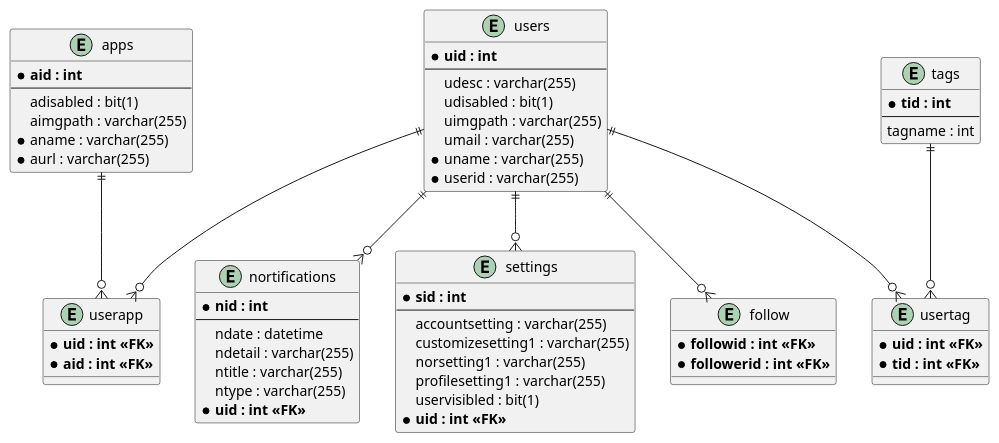
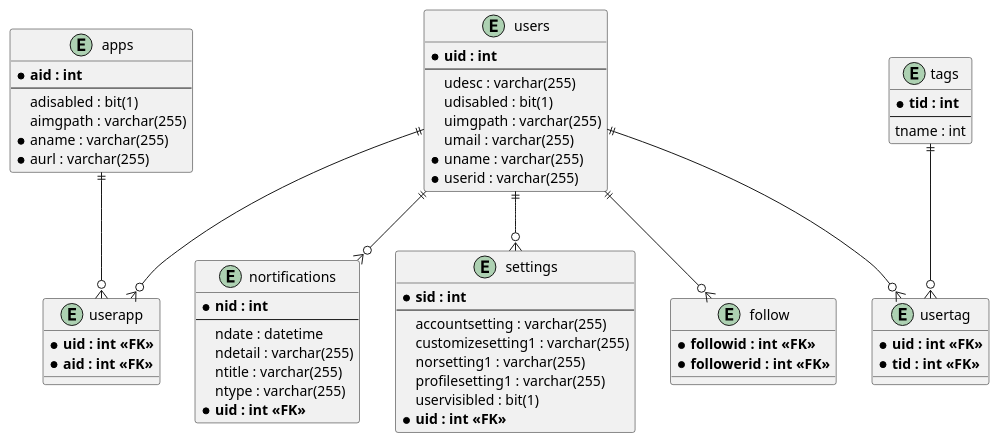
The diagram in docs/3_dd/3.1.4.ERDiagram.md (MewW6m/Mineso), drawn with PlantUML before and after one commit. The commit also changed 88 other files, not shown here.

````diff
--- a/docs/3_dd/3.1.4.ERDiagram.md
+++ b/docs/3_dd/3.1.4.ERDiagram.md
@@ -3,65 +3,65 @@
 ```uml
 @startuml
 entity apps {
 	* **aid : int**
 	---
 	adisabled : bit(1)
 	aimgpath : varchar(255) 
 	* aname : varchar(255)
 	* aurl : varchar(255)
 }
 entity users{
 	* **uid : int**
 	---
 	udesc : varchar(255)
 	udisabled : bit(1)
 	uimgpath : varchar(255)
 	umail : varchar(255)
 	* uname : varchar(255)
 	* userid : varchar(255)
 }
 entity tags{
 	* **tid : int**
 	---
-	tagname : int
+	tname : int
 }
 entity nortifications{
 	* **nid : int**
 	---
 	ndate : datetime
 	ndetail : varchar(255)
 	ntitle : varchar(255)
 	ntype : varchar(255)
 	* **uid : int <<FK>>**
 }
 entity settings{
 	* **sid : int**
 	---
 	accountsetting : varchar(255)
 	customizesetting1 : varchar(255)
 	norsetting1 : varchar(255)
 	profilesetting1 : varchar(255)
 	uservisibled : bit(1)
 	* **uid : int <<FK>>**
 }
 entity userapp{
 	* **uid : int <<FK>>**
 	* **aid : int <<FK>>**
 }
 entity usertag{
 	* **uid : int <<FK>>**
 	* **tid : int <<FK>>**
 }
 entity follow{
 	* **followid : int <<FK>>**
 	* **followerid : int <<FK>>**
 }
 apps ||--o{ userapp
 users ||--o{ userapp
 tags  ||--o{ usertag
 users  ||--o{ usertag
 users  ||--o{ nortifications
 users  ||--o{ settings
 users ||--o{ follow
 @enduml
 ```
````
